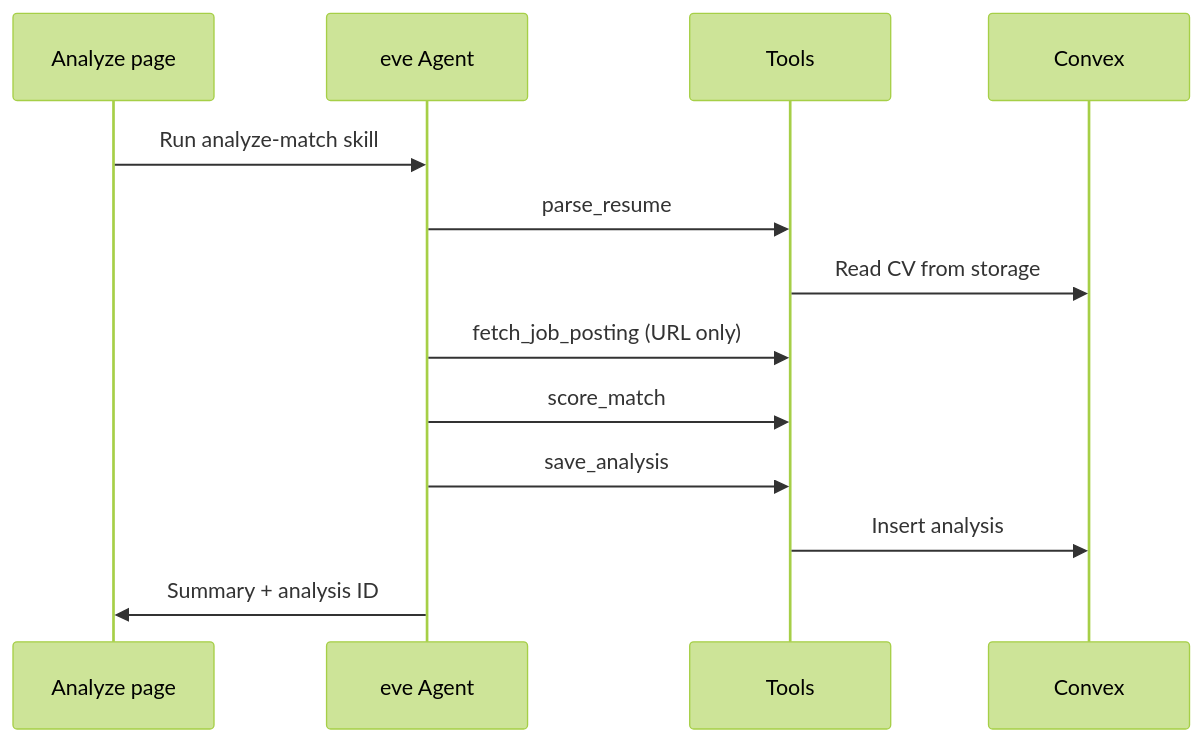
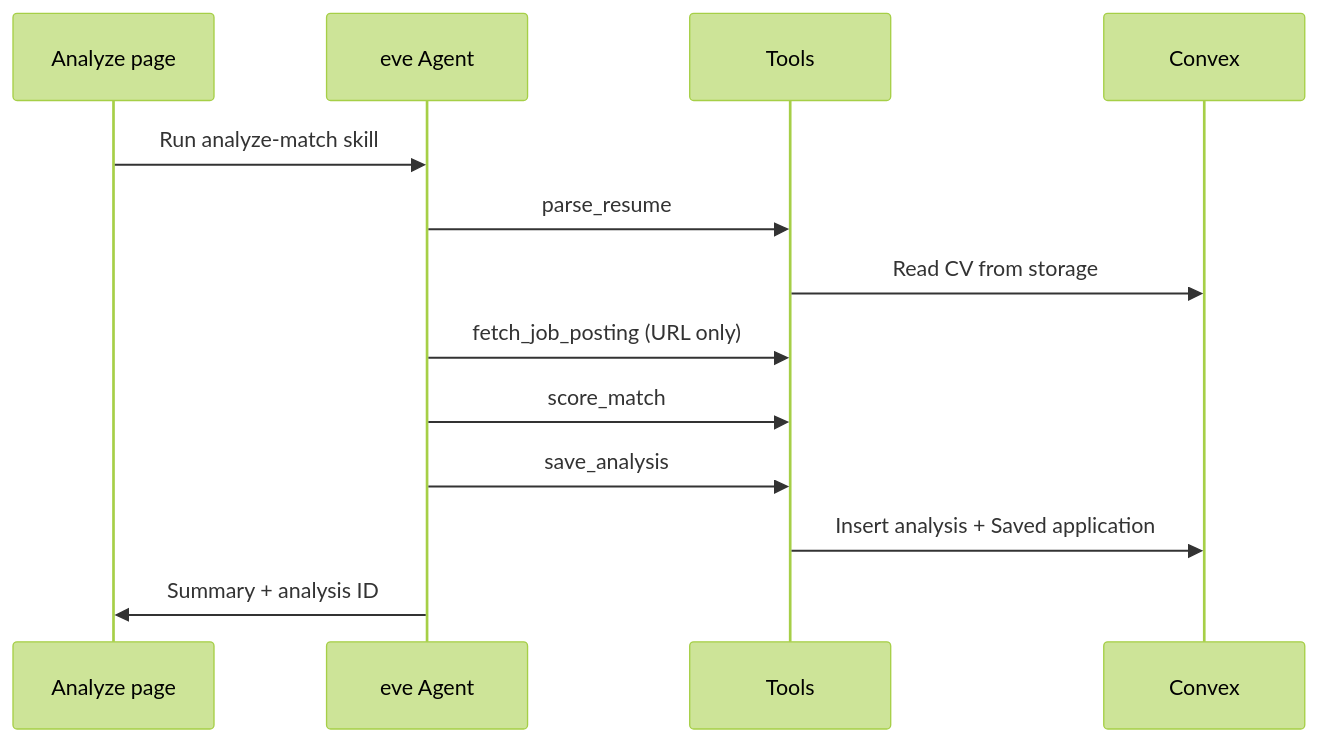
One commit to peterdinis611/JobFitAI changed the diagram in website/docs/user-guide/analyze.md. Above: the diagram before and after it, drawn with Mermaid (forest theme). The commit also changed other lines of this file and 47 other files, not shown here.

````diff
--- a/website/docs/user-guide/analyze.md
+++ b/website/docs/user-guide/analyze.md
@@ -37,16 +48,16 @@
 ```mermaid
 sequenceDiagram
   participant UI as Analyze page
   participant Agent as eve Agent
   participant Tools as Tools
   participant DB as Convex
 
   UI->>Agent: Run analyze-match skill
   Agent->>Tools: parse_resume
   Tools->>DB: Read CV from storage
   Agent->>Tools: fetch_job_posting (URL only)
   Agent->>Tools: score_match
   Agent->>Tools: save_analysis
-  Tools->>DB: Insert analysis
+  Tools->>DB: Insert analysis + Saved application
   Agent->>UI: Summary + analysis ID
 ```
````
